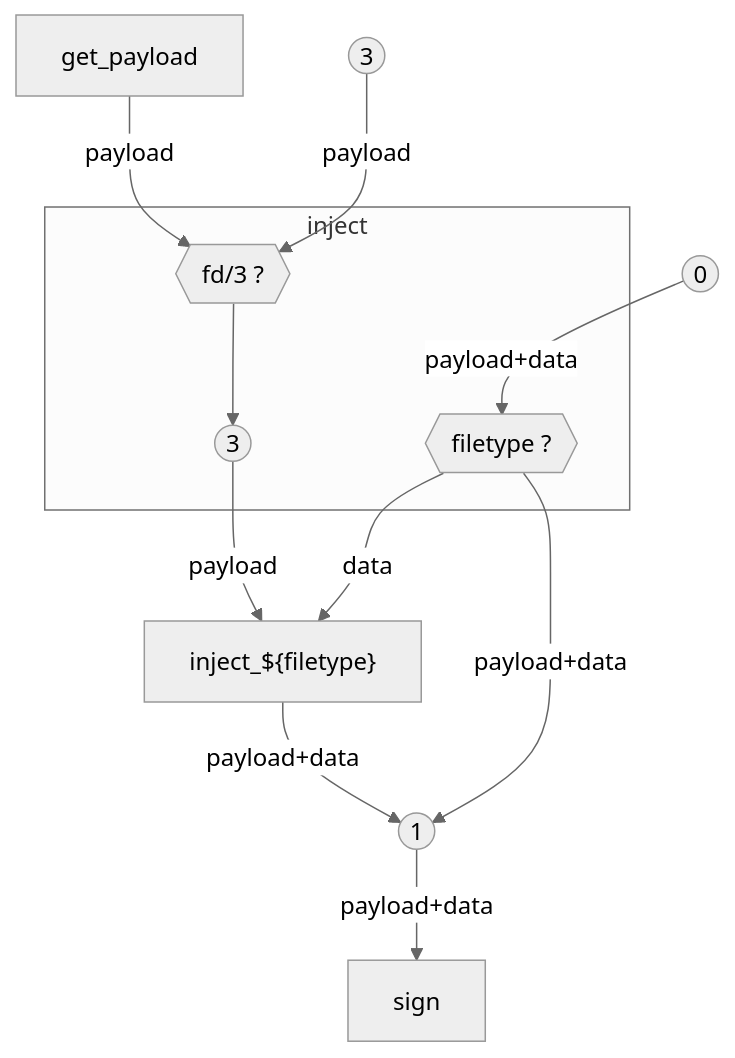
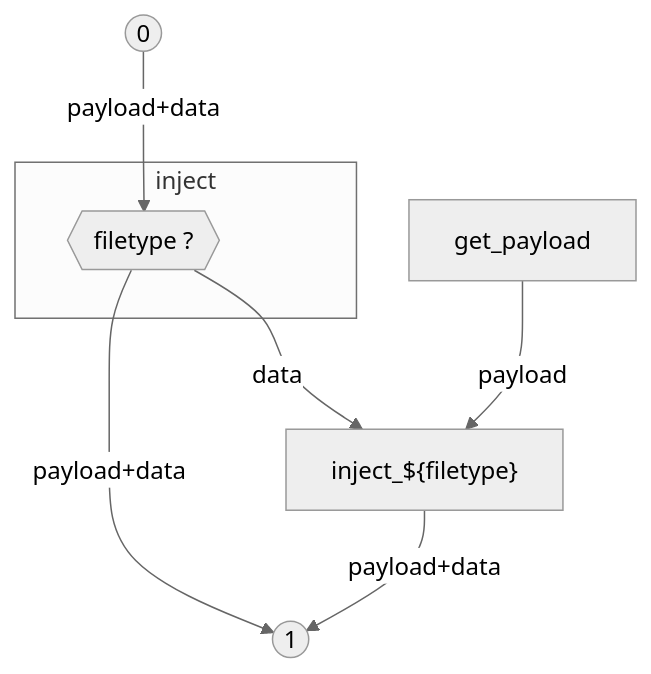
Before and after one commit to tibolpol/sealgood: the fifth of 13 diagrams in docs/fr/sealgood.md, drawn with Mermaid (neutral theme). The commit also changed other lines of this file and 18 other files, not shown here.

````diff
--- a/docs/fr/sealgood.md
+++ b/docs/fr/sealgood.md
@@ -418,19 +421,15 @@
 ```mermaid
 flowchart TB
 l0((0)) -->|payload+data| lookup{{filetype ?}}
-l3((3)) -->|payload| t1{{fd/3 ?}}
-get_payload -->|payload| t1
+get_payload -->|payload| inject_type
 subgraph inject
-  t1 --> l3_((3))
   lookup
 end
 lookup -->|payload+data| l1
-l3_ -->|payload| inject_type
 lookup -->|data| inject_type["inject_${filetype}"]
 inject_type -->|payload+data| l1((1))
-l1 -->|payload+data| sign
-click lookup "#lookup"
-click sign "#sign"
-click get_payload "#get_payload"
-click inject_type "#inject_gzip"
+click lookup "sealgood.md#lookup"
+click sign "sealgood.md#sign"
+click get_payload "sealgood.md#get_payload"
+click inject_type "filetypes.md#inject_gzip"
 ```
````
